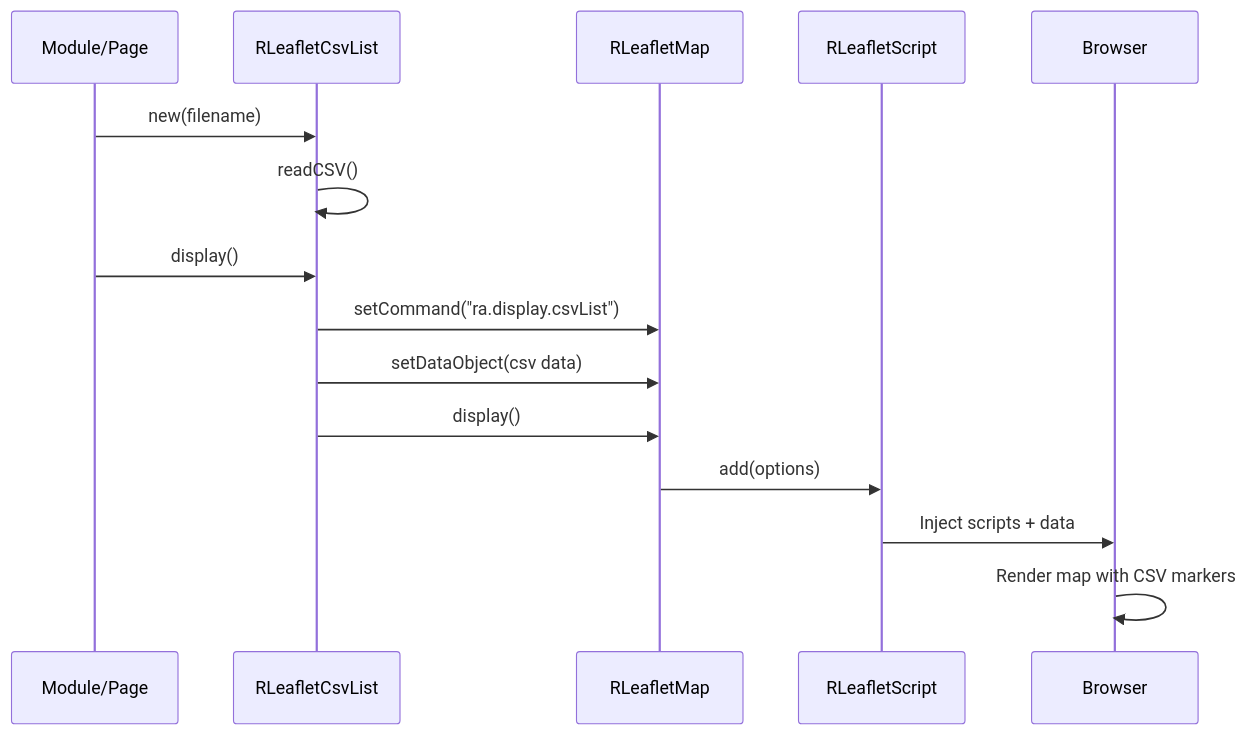
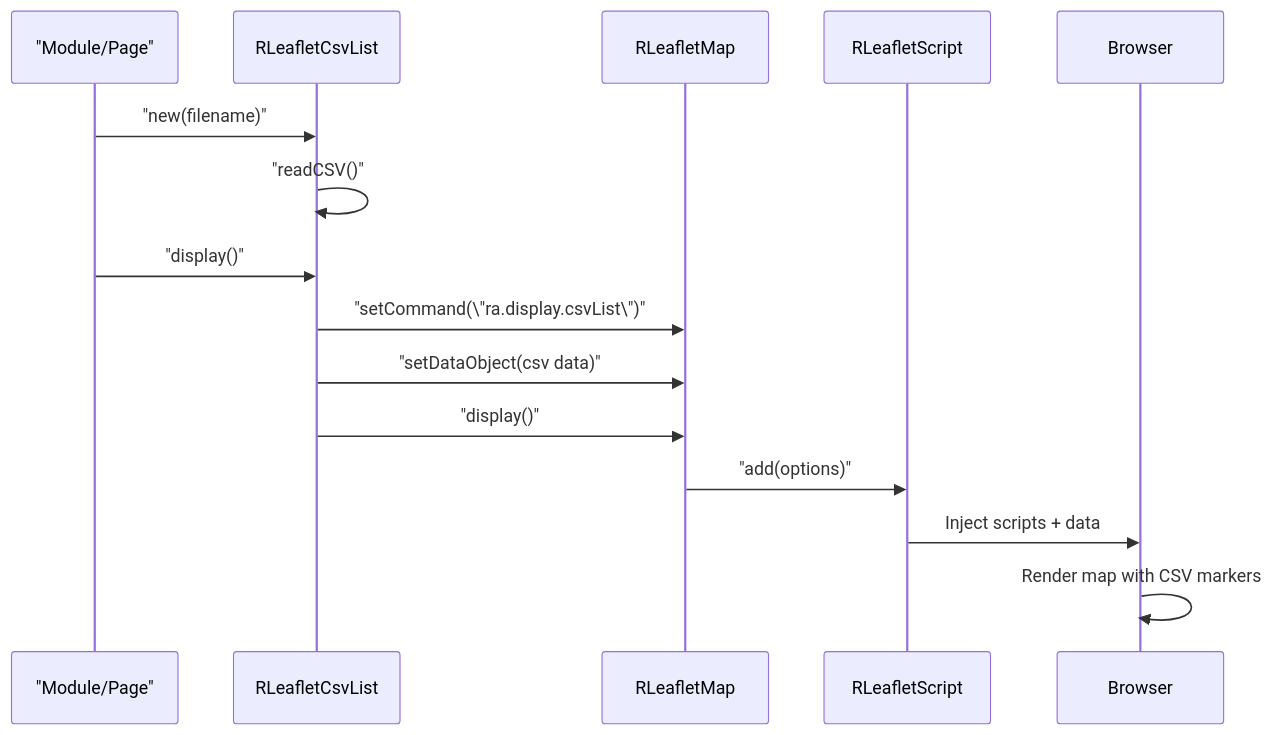
The third of 4 diagrams in leaflet/HLD.md (pauljrhodes/ramblers-library), drawn with Mermaid before and after one commit. The commit also changed other lines of this file and 33 other files, not shown here.

Commit message:
Normalize Mermaid diagrams for GitHub rendering

````diff
--- a/leaflet/HLD.md
+++ b/leaflet/HLD.md
@@ -251,18 +251,18 @@
 ```mermaid
 sequenceDiagram
-    participant Caller as Module/Page
+    participant Caller as "Module/Page"
     participant CsvList as RLeafletCsvList
     participant Map as RLeafletMap
     participant Script as RLeafletScript
     participant Browser as Browser
 
-    Caller->>CsvList: new(filename)
-    CsvList->>CsvList: readCSV()
-    Caller->>CsvList: display()
-    CsvList->>Map: setCommand("ra.display.csvList")
-    CsvList->>Map: setDataObject(csv data)
-    CsvList->>Map: display()
-    Map->>Script: add(options)
+    Caller->>CsvList: "new(filename)"
+    CsvList->>CsvList: "readCSV()"
+    Caller->>CsvList: "display()"
+    CsvList->>Map: "setCommand(\"ra.display.csvList\")"
+    CsvList->>Map: "setDataObject(csv data)"
+    CsvList->>Map: "display()"
+    Map->>Script: "add(options)"
     Script->>Browser: Inject scripts + data
     Browser->>Browser: Render map with CSV markers
 ```
````
